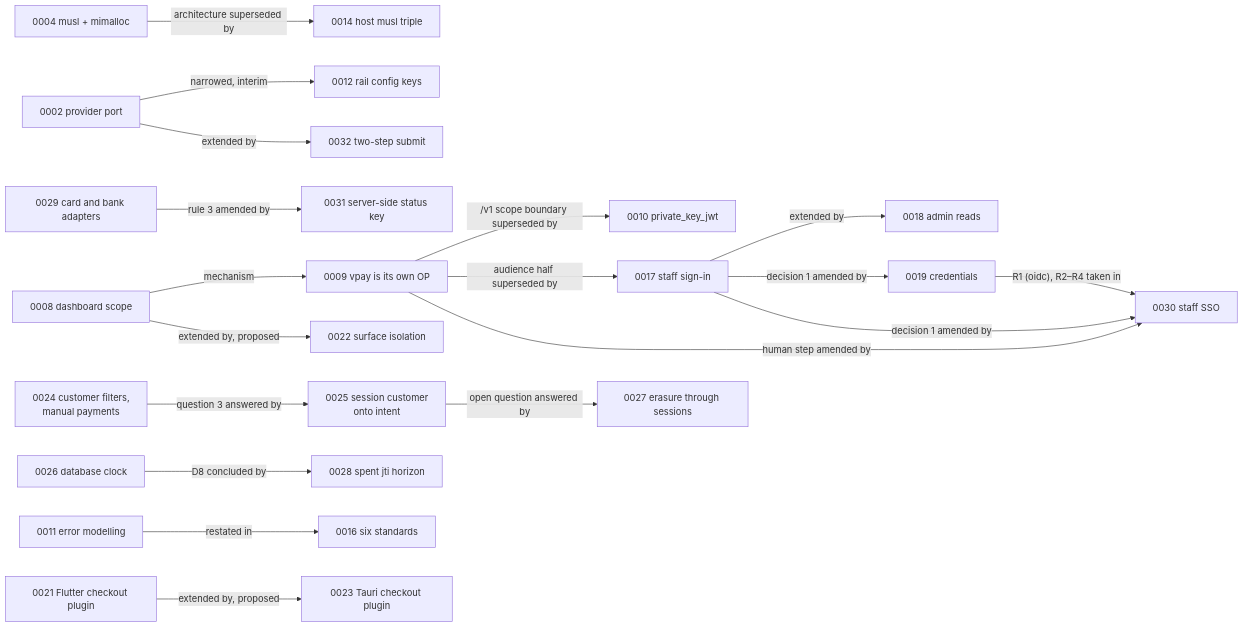
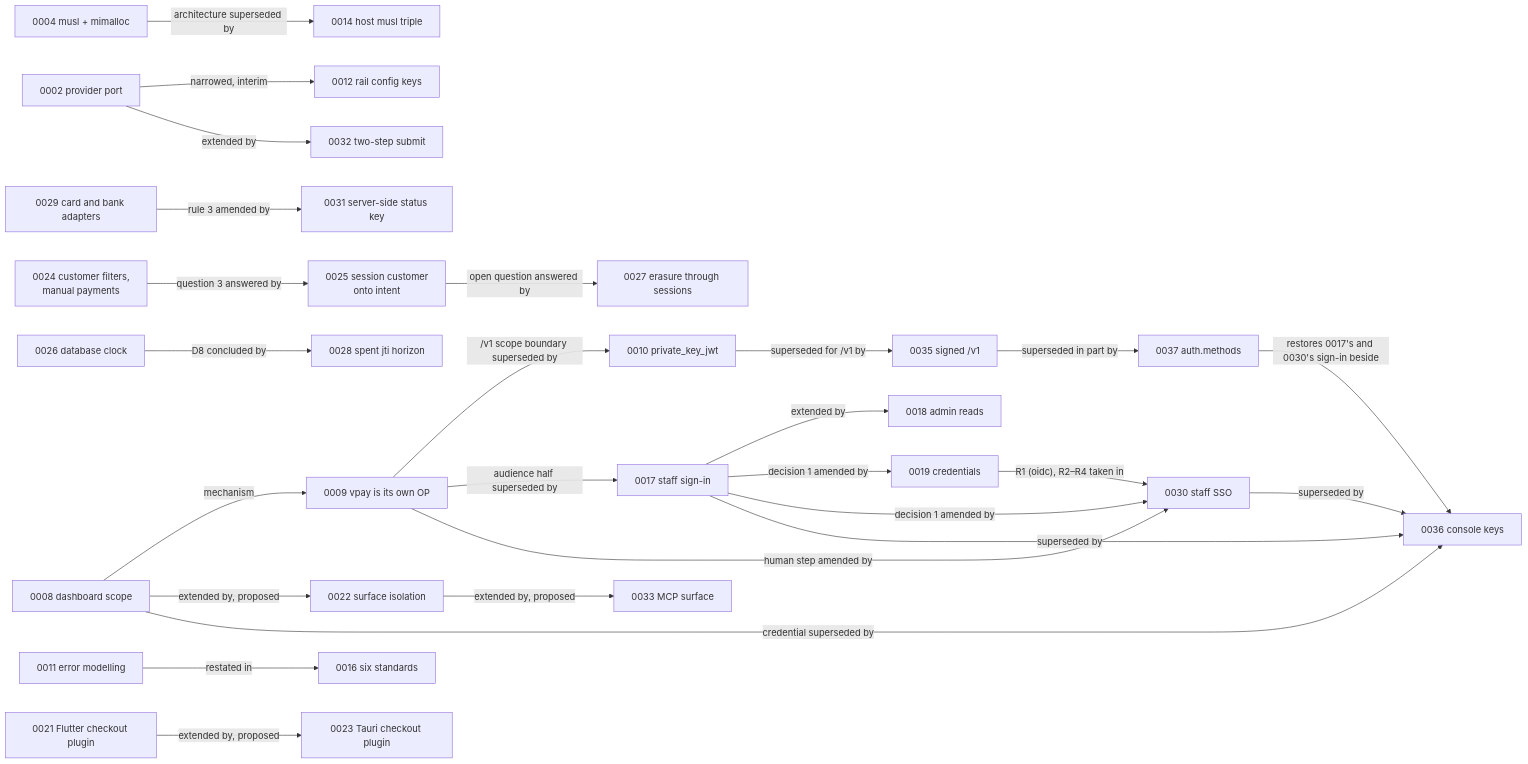
Before and after one commit to vaam-apps/vpay-docs: the second of 2 diagrams in docs/guide/decisions.md, drawn with Mermaid. The commit also changed other lines of this file and 29 other files, not shown here.

````diff
--- a/docs/guide/decisions.md
+++ b/docs/guide/decisions.md
@@ -93,21 +98,28 @@
 ```mermaid
 flowchart LR
     A4["0004 musl + mimalloc"] -->|"architecture superseded by"| A14["0014 host musl triple"]
     A8["0008 dashboard scope"] -->|"mechanism"| A9["0009 vpay is its own OP"]
     A9 -->|"/v1 scope boundary superseded by"| A10["0010 private_key_jwt"]
     A9 -->|"audience half superseded by"| A17["0017 staff sign-in"]
     A17 -->|"extended by"| A18["0018 admin reads"]
     A17 -->|"decision 1 amended by"| A19["0019 credentials"]
     A9 -->|"human step amended by"| A30["0030 staff SSO"]
     A17 -->|"decision 1 amended by"| A30
     A19 -->|"R1 (oidc), R2–R4 taken in"| A30
     A2["0002 provider port"] -->|"narrowed, interim"| A12["0012 rail config keys"]
     A2 -->|"extended by"| A32["0032 two-step submit"]
     A29["0029 card and bank adapters"] -->|"rule 3 amended by"| A31["0031 server-side status key"]
     A24["0024 customer filters,<br/>manual payments"] -->|"question 3 answered by"| A25["0025 session customer<br/>onto intent"]
     A25 -->|"open question answered by"| A27["0027 erasure through sessions"]
     A26["0026 database clock"] -->|"D8 concluded by"| A28["0028 spent jti horizon"]
     A11["0011 error modelling"] -->|"restated in"| A16["0016 six standards"]
     A8 -->|"extended by, proposed"| A22["0022 surface isolation"]
+    A22 -->|"extended by, proposed"| A33["0033 MCP surface"]
+    A10 -->|"superseded for /v1 by"| A35["0035 signed /v1"]
+    A35 -->|"superseded in part by"| A37["0037 auth.methods"]
+    A17 -->|"superseded by"| A36["0036 console keys"]
+    A30 -->|"superseded by"| A36
+    A8 -->|"credential superseded by"| A36
+    A37 -->|"restores 0017's and 0030's sign-in beside"| A36
     A21["0021 Flutter checkout plugin"] -->|"extended by, proposed"| A23["0023 Tauri checkout plugin"]
 ```
````
